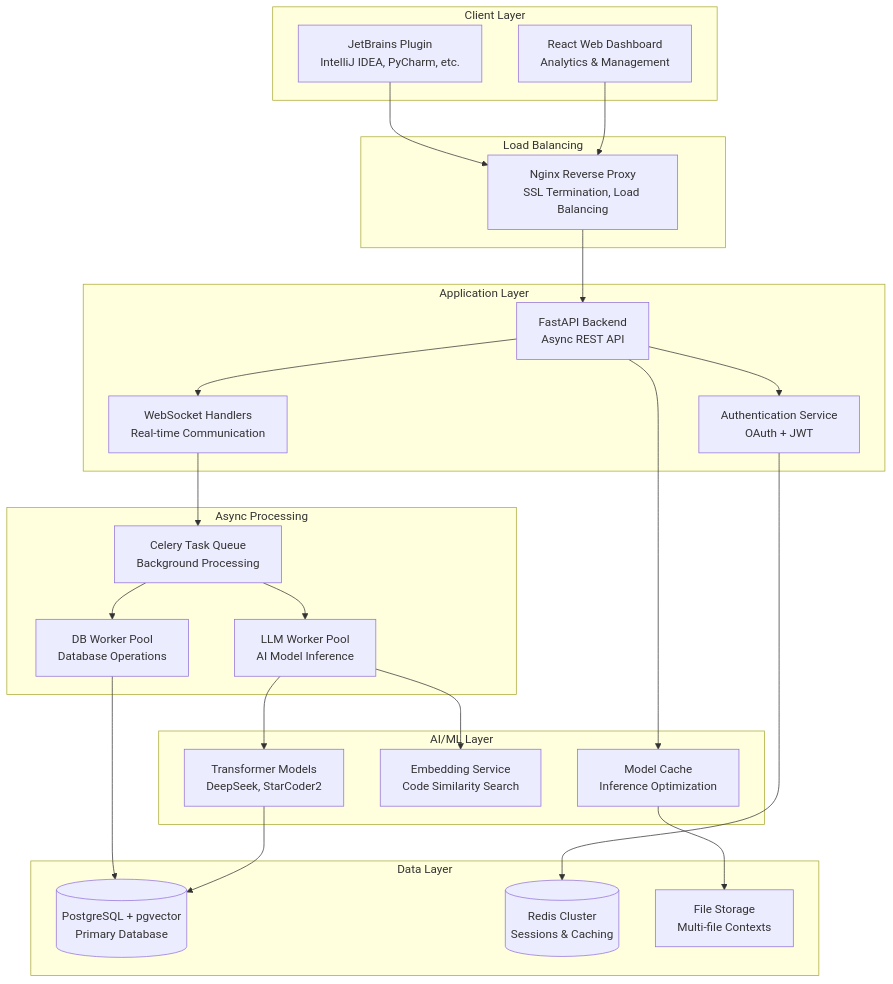
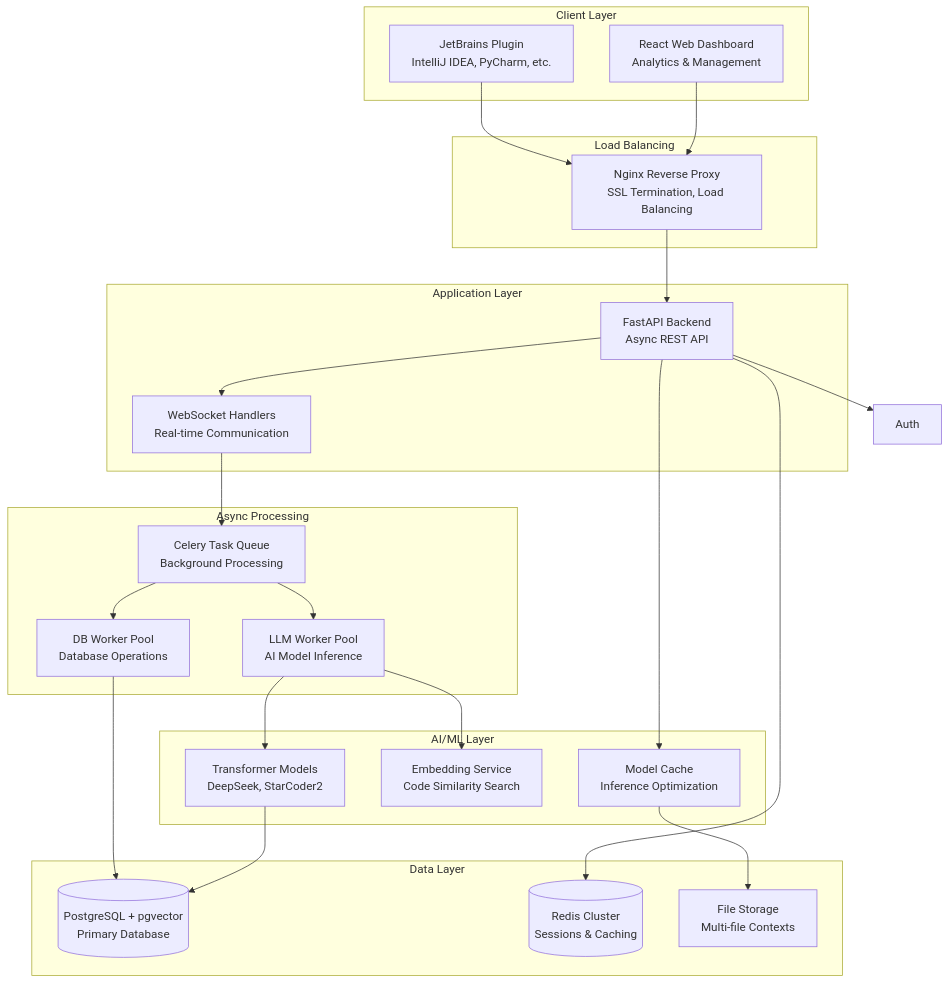
The first of 5 diagrams in README.md (AISE-TUDelft/code4me2-server), drawn with Mermaid before and after one commit. The commit also changed other lines of this file and 2 other files, not shown here.

````diff
--- a/README.md
+++ b/README.md
@@ -67,51 +68,50 @@
 ```mermaid
 graph TB
     subgraph "Client Layer"
         Plugin[JetBrains Plugin<br/>IntelliJ IDEA, PyCharm, etc.]
         Web[React Web Dashboard<br/>Analytics & Management]
     end
 
     subgraph "Load Balancing"
         Nginx[Nginx Reverse Proxy<br/>SSL Termination, Load Balancing]
     end
 
     subgraph "Application Layer"
         API[FastAPI Backend<br/>Async REST API]
         WS[WebSocket Handlers<br/>Real-time Communication]
-        Auth[Authentication Service<br/>OAuth + JWT]
     end
 
     subgraph "Async Processing"
         Celery[Celery Task Queue<br/>Background Processing]
         Worker1[LLM Worker Pool<br/>AI Model Inference]
         Worker2[DB Worker Pool<br/>Database Operations]
     end
 
     subgraph "AI/ML Layer"
         Models[Transformer Models<br/>DeepSeek, StarCoder2]
         Embeddings[Embedding Service<br/>Code Similarity Search]
         Cache[Model Cache<br/>Inference Optimization]
     end
 
     subgraph "Data Layer"
         DB[(PostgreSQL + pgvector<br/>Primary Database)]
         Redis[(Redis Cluster<br/>Sessions & Caching)]
         Storage[File Storage<br/>Multi-file Contexts]
     end
 
     Plugin --> Nginx
     Web --> Nginx
     Nginx --> API
     API --> WS
     API --> Auth
     WS --> Celery
     Celery --> Worker1
     Celery --> Worker2
     Worker1 --> Models
     Worker1 --> Embeddings
     Worker2 --> DB
     API --> Cache
-    Auth --> Redis
+    API --> Redis
     Models --> DB
     Cache --> Storage
 ```
````
